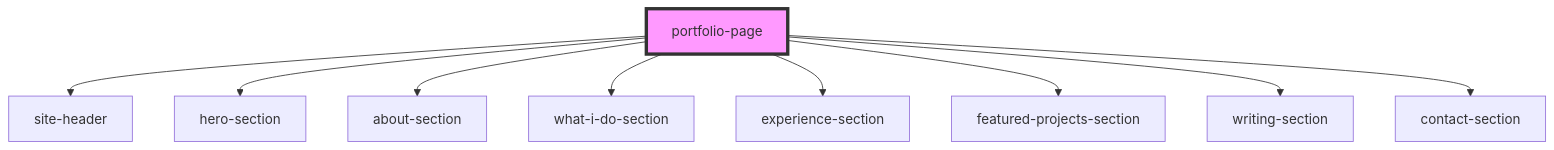
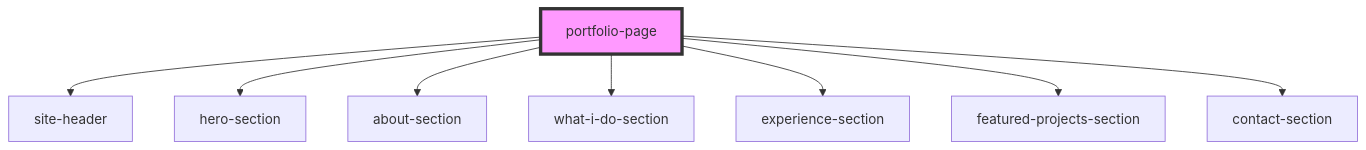
Before and after one commit to KaylahRaye/professional-portfolio: the diagram in src/components/portfolio-page/readme.md, drawn with Mermaid. The commit also changed other lines of this file and 8 other files, not shown here.

````diff
--- a/src/components/portfolio-page/readme.md
+++ b/src/components/portfolio-page/readme.md
@@ -22,12 +21,11 @@
 ```mermaid
 graph TD;
   portfolio-page --> site-header
   portfolio-page --> hero-section
   portfolio-page --> about-section
   portfolio-page --> what-i-do-section
   portfolio-page --> experience-section
   portfolio-page --> featured-projects-section
-  portfolio-page --> writing-section
   portfolio-page --> contact-section
   style portfolio-page fill:#f9f,stroke:#333,stroke-width:4px
 ```
````
